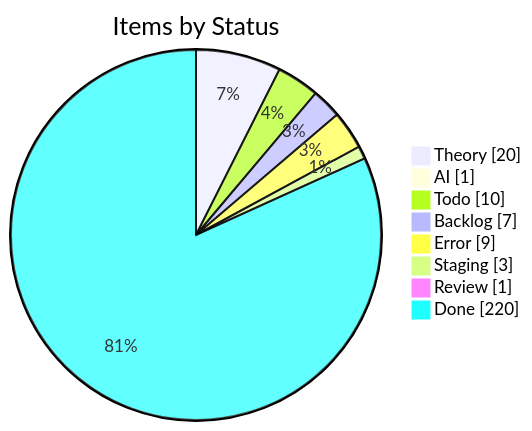
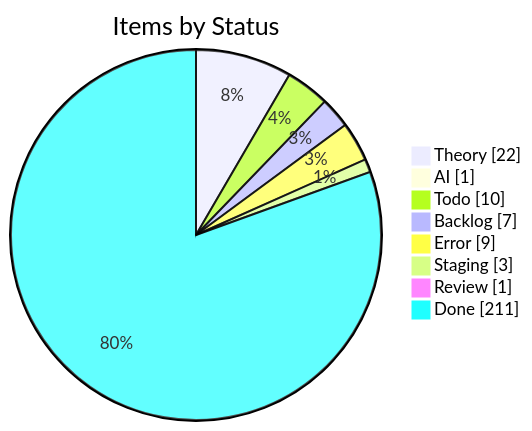
Before and after one commit to KBVE/kbve: the first of 4 diagrams in apps/kbve/astro-kbve/src/content/docs/dashboard/kanban-data.mdx, drawn with Mermaid. The commit also changed other lines of this file and 7 other files, not shown here.

````diff
--- a/apps/kbve/astro-kbve/src/content/docs/dashboard/kanban-data.mdx
+++ b/apps/kbve/astro-kbve/src/content/docs/dashboard/kanban-data.mdx
@@ -55,12 +55,12 @@
 ```mermaid
 pie showData
     title Items by Status
-    "Theory" : 20
+    "Theory" : 22
     "AI" : 1
     "Todo" : 10
     "Backlog" : 7
     "Error" : 9
     "Staging" : 3
     "Review" : 1
-    "Done" : 220
+    "Done" : 211
 ```
````
